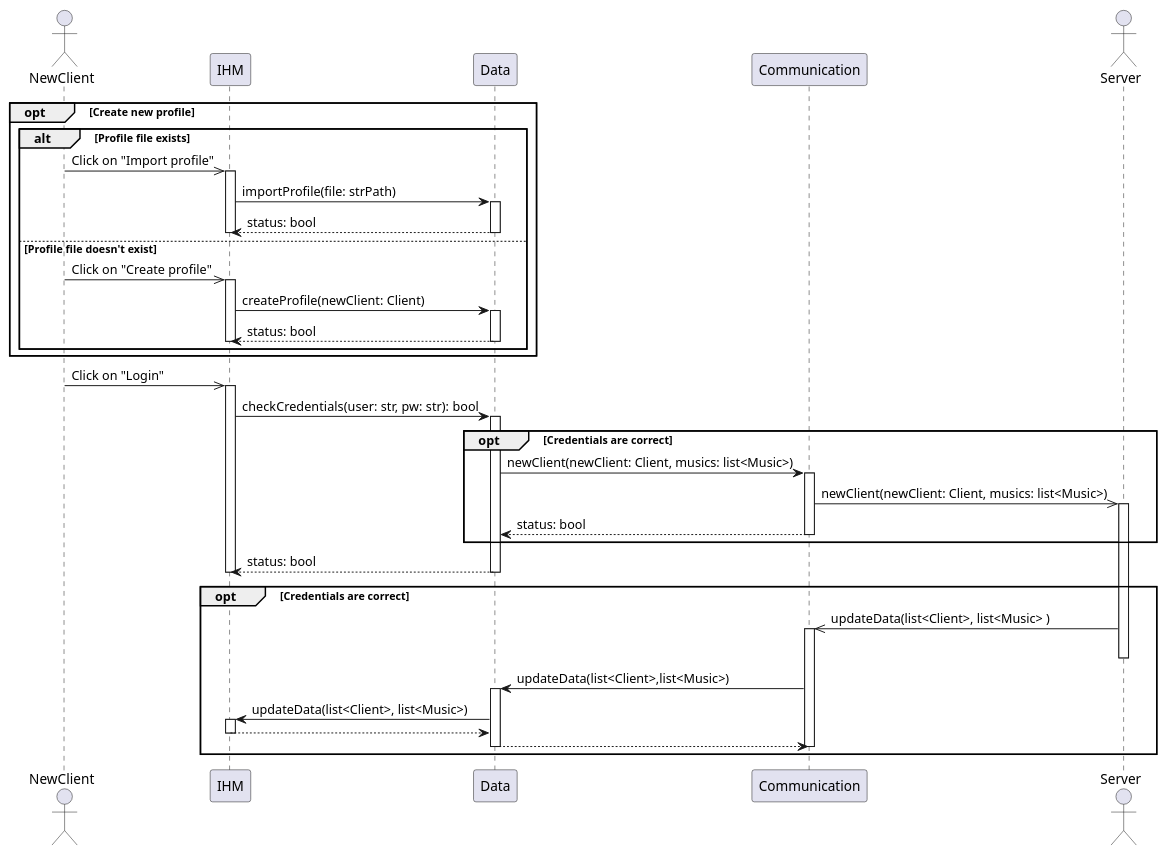
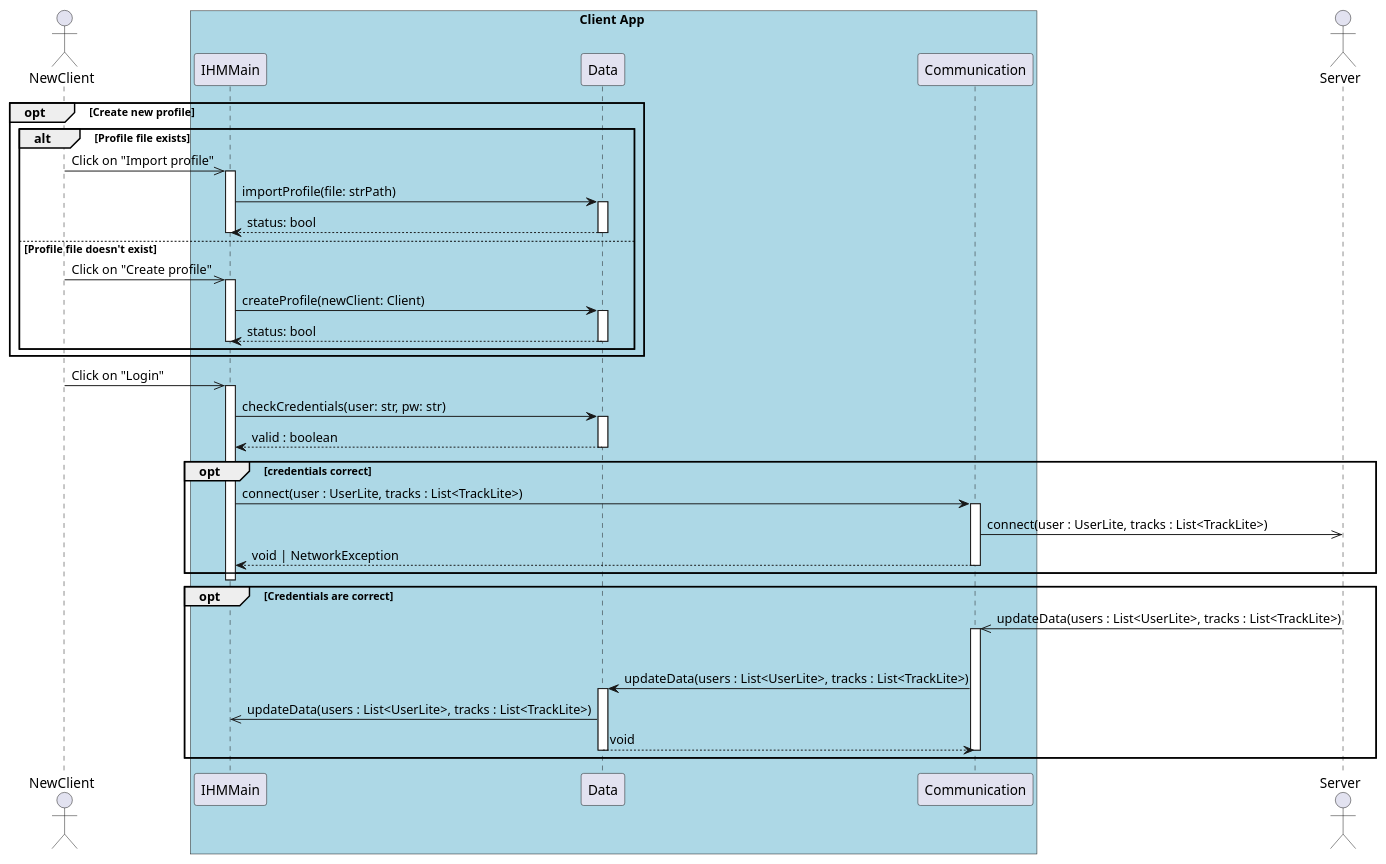
Before and after one commit to UTCAI12/Diagrams: the diagram in sequence/client_connexion.puml, drawn with PlantUML. The commit also changed 2 other files, not shown here.

Commit message:
Fixing diagrams with new conception.

```diff
--- a/sequence/client_connexion.puml
+++ b/sequence/client_connexion.puml
@@ -1,47 +1,49 @@
 @startuml Client Connect
 actor NewClient
-participant IHM
-participant Data
-participant Communication
+
+box Client App #LightBlue
+    participant IHMMain as IHM
+    participant Data
+    participant Communication
+end box
+
 actor Server 
 
 opt Create new profile 
     alt Profile file exists
         NewClient ->> IHM++: Click on "Import profile"
         IHM -> Data++: importProfile(file: strPath)
         return status: bool
         deactivate IHM 
     else Profile file doesn't exist
         NewClient ->> IHM++: Click on "Create profile"
         IHM -> Data++: createProfile(newClient: Client)
         return status: bool
         deactivate IHM
     end
 end
 
 
 
 NewClient ->> IHM++: Click on "Login"
-IHM -> Data++: checkCredentials(user: str, pw: str): bool
-opt Credentials are correct
-    Data-> Communication++: newClient(newClient: Client, musics: list<Music>)
-    Communication->>Server++: newClient(newClient: Client, musics: list<Music>)
-    Data <-- Communication: status: bool
-    deactivate Communication
+IHM -> Data++: checkCredentials(user: str, pw: str)
+return valid : boolean
+
+opt credentials correct
+    IHM -> Communication++ : connect(user : UserLite, tracks : List<TrackLite>)
+    Communication->>Server: connect(user : UserLite, tracks : List<TrackLite>)
+    return void | NetworkException
 end
 
-IHM <-- Data: status: bool
-deactivate Data
 deactivate IHM
 
 opt Credentials are correct
-    Server ->> Communication++: updateData(list<Client>, list<Music> )
+    Server ->> Communication++: updateData(users : List<UserLite>, tracks : List<TrackLite>)
     deactivate Server
-    Communication->Data++: updateData(list<Client>,list<Music>)
-    Data->IHM++: updateData(list<Client>, list<Music>)
-    return 
-    return 
+    Communication->Data++: updateData(users : List<UserLite>, tracks : List<TrackLite>)
+    Data->>IHM : updateData(users : List<UserLite>, tracks : List<TrackLite>)
+    return void
     deactivate Communication
 end
 
 @enduml
```
